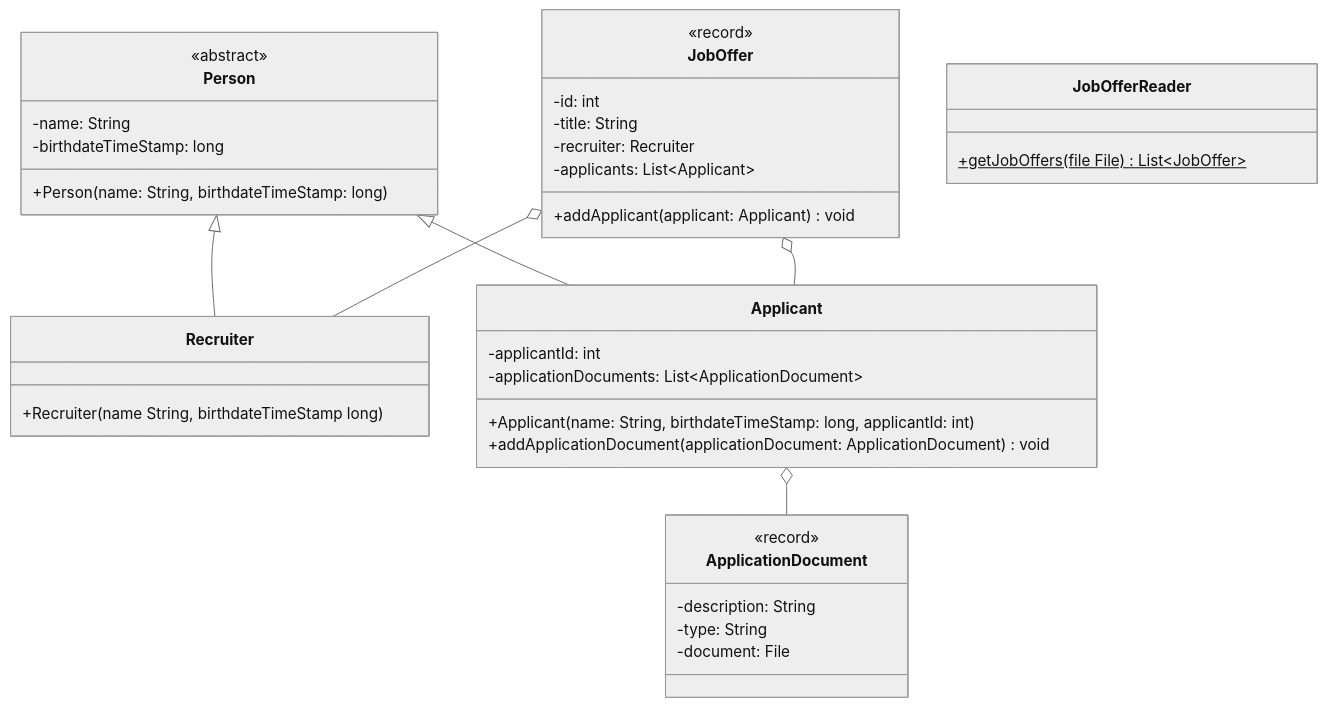
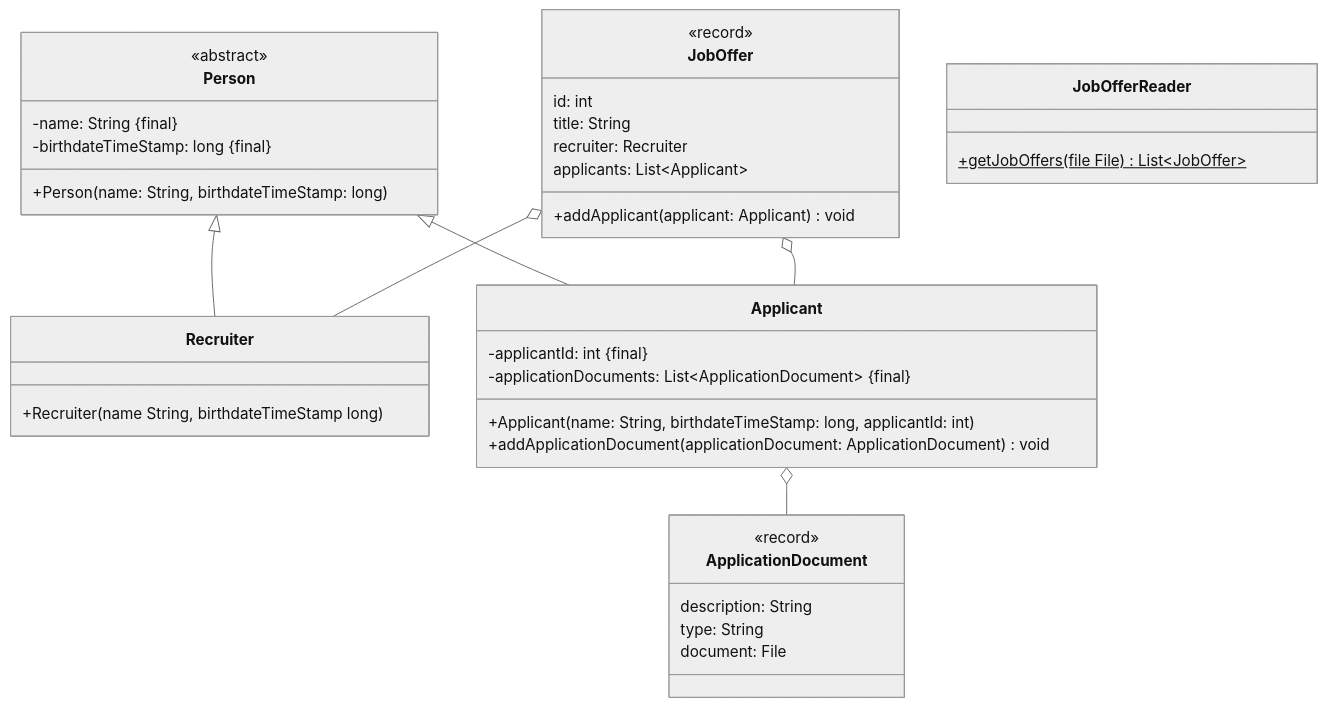
Before and after one commit to jappuccini/java-docs: the diagram in docs/exam-exercises/exam-exercises-java2/job-offer.md, drawn with Mermaid (neutral theme). The commit also changed 24 other files, not shown here.

````diff
--- a/docs/exam-exercises/exam-exercises-java2/job-offer.md
+++ b/docs/exam-exercises/exam-exercises-java2/job-offer.md
@@ -12,46 +12,46 @@
 ```mermaid
 classDiagram
     Person <|-- Recruiter
     Person <|-- Applicant
     JobOffer o-- Recruiter
     JobOffer o-- Applicant
     Applicant o-- ApplicationDocument
 
     class JobOffer {
         <<record>>
-        -id: int
-        -title: String
-        -recruiter: Recruiter
-        -applicants: List~Applicant~
+        id: int
+        title: String
+        recruiter: Recruiter
+        applicants: List~Applicant~
         +addApplicant(applicant: Applicant) void
     }
 
     class Person {
         <<abstract>>
-        -name: String
-        -birthdateTimeStamp: long
+        -name: String &#123final&#125
+        -birthdateTimeStamp: long &#123final&#125
         +Person(name: String, birthdateTimeStamp: long)
     }
 
     class Applicant {
-        -applicantId: int
-        -applicationDocuments: List~ApplicationDocument~
+        -applicantId: int &#123final&#125
+        -applicationDocuments: List~ApplicationDocument~ &#123final&#125
         +Applicant(name: String, birthdateTimeStamp: long, applicantId: int)
         +addApplicationDocument(applicationDocument: ApplicationDocument) void
     }
 
     class Recruiter {
         +Recruiter(name String, birthdateTimeStamp long)
     }
 
     class ApplicationDocument {
         <<record>>
-        -description: String
-        -type: String
-        -document: File
+        description: String
+        type: String
+        document: File
     }
 
     class JobOfferReader {
         +getJobOffers(file File)$ List~JobOffer~
     }
 ```
````
